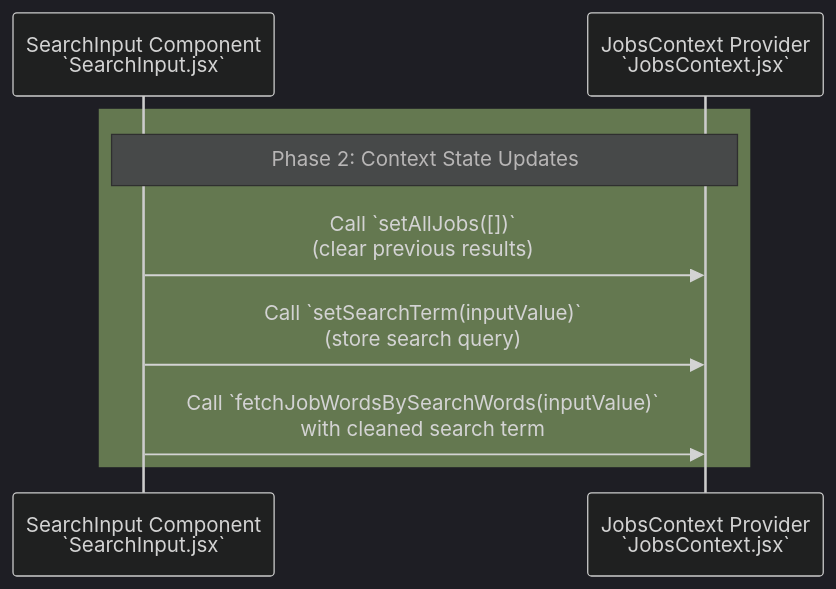
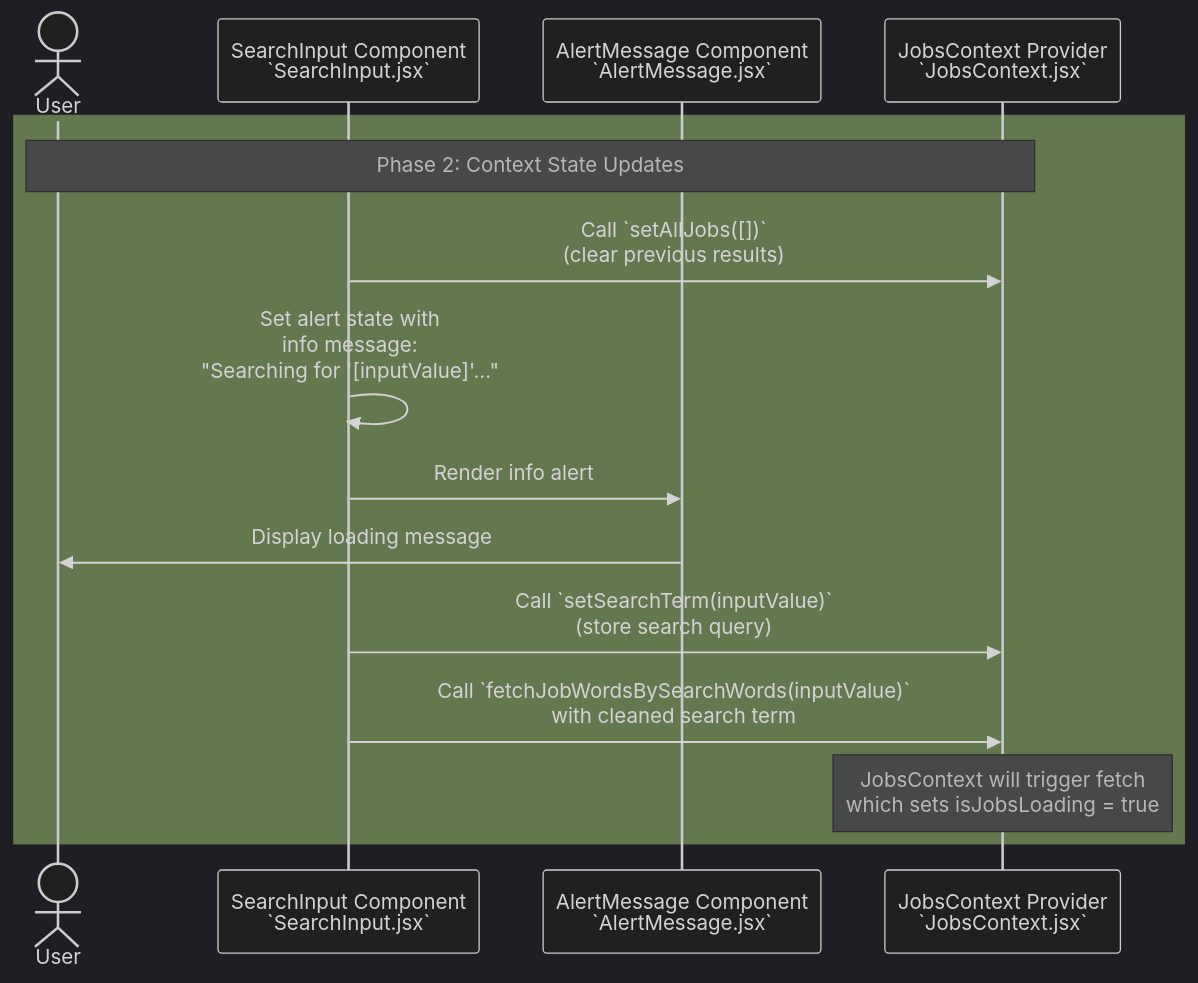
Before and after one commit to YahyaAl-Ademi/2025.10.23-JobCompass: the diagram in documentation/jobFetch/jobFetch-Phase2.md, drawn with Mermaid. The commit also changed 4 other files, not shown here.

Commit message:
Enhance job fetch documentation with detailed sequence diagrams for phases 1 to 6, including input validation, context state updates, travel details fetching, and result display logic.

````diff
--- a/documentation/jobFetch/jobFetch-Phase2.md
+++ b/documentation/jobFetch/jobFetch-Phase2.md
@@ -1,13 +1,19 @@
 ```mermaid
 %%{init: {'theme': 'dark', 'themeVariables': { 'primaryColor':'#1a1a1a', 'primaryBorderColor':'#4a9eff', 'lineColor':'#4a9eff', 'tertiaryColor':'#2a2a2a', 'tertiaryBorderColor':'#4a9eff', 'tertiaryTextColor':'#ffffff'}, 'sequence': {'actorMargin': 50}}}%%
 sequenceDiagram
+    actor User
     participant SearchInput as SearchInput Component<br/>`SearchInput.jsx`
+    participant AlertMessage as AlertMessage Component<br/>`AlertMessage.jsx`
     participant JobsContext as JobsContext Provider<br/>`JobsContext.jsx`
 
     rect rgb(100, 120, 80)
-    Note over SearchInput,JobsContext: Phase 2: Context State Updates
+    Note over User,JobsContext: Phase 2: Context State Updates
     SearchInput->>JobsContext: Call `setAllJobs([])`<br/>(clear previous results)
+    SearchInput->>SearchInput: Set alert state with<br/>info message:<br/>"Searching for '[inputValue]'..."
+    SearchInput->>AlertMessage: Render info alert
+    AlertMessage->>User: Display loading message
     SearchInput->>JobsContext: Call `setSearchTerm(inputValue)`<br/>(store search query)
     SearchInput->>JobsContext: Call `fetchJobWordsBySearchWords(inputValue)`<br/>with cleaned search term
+    Note over JobsContext: JobsContext will trigger fetch<br/>which sets isJobsLoading = true
     end
 ```
````
